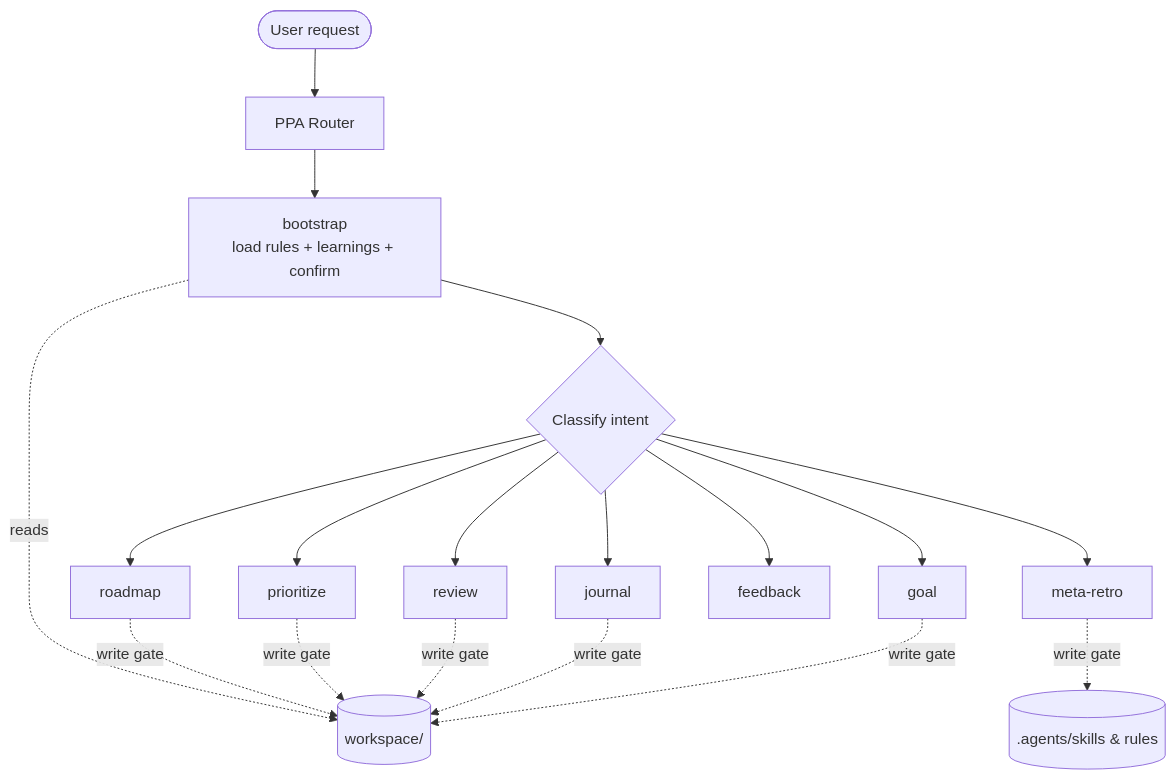
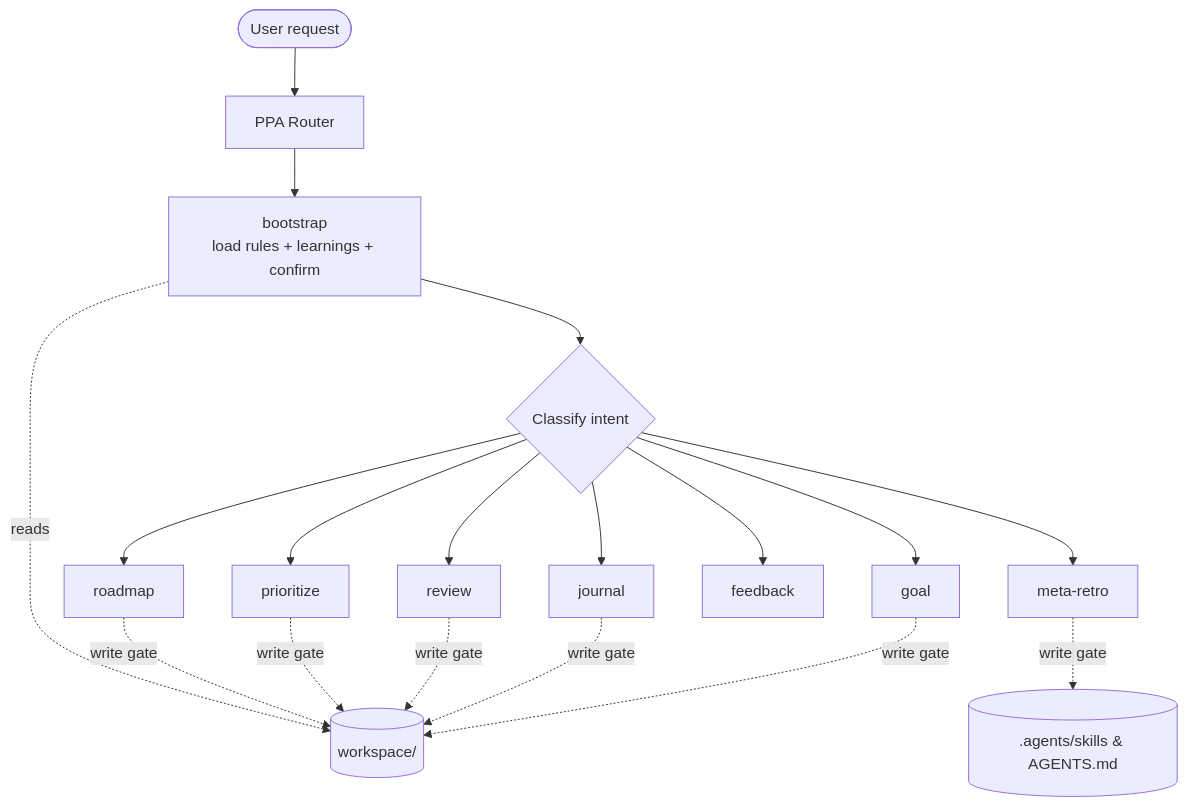
One commit to hendrik-bene-perdok/personal-performance-assistant changed the diagram in README.md. Above: the diagram before and after it, drawn with Mermaid. The commit also changed other lines of this file and 6 other files, not shown here.

````diff
--- a/README.md
+++ b/README.md
@@ -48,23 +49,23 @@
 ```mermaid
 flowchart TD
     User([User request]) --> Router[PPA Router]
     Router --> Context[bootstrap\nload rules + learnings + confirm]
     Context --> Intent{Classify intent}
 
     Intent --> Goal[goal]
     Intent --> Journal[journal]
     Intent --> Review[review]
     Intent --> Prioritize[prioritize]
     Intent --> Roadmap[roadmap]
     Intent --> Feedback[feedback]
     Intent --> MetaRetro[meta-retro]
 
     Goal -.write gate.-> Workspace[(workspace/)]
     Journal -.write gate.-> Workspace
     Review -.write gate.-> Workspace
     Prioritize -.write gate.-> Workspace
     Roadmap -.write gate.-> Workspace
-    MetaRetro -.write gate.-> Skills[(.agents/skills & rules)]
+    MetaRetro -.write gate.-> Skills[(.agents/skills & AGENTS.md)]
 
     Context -.reads.-> Workspace
 ```
````
